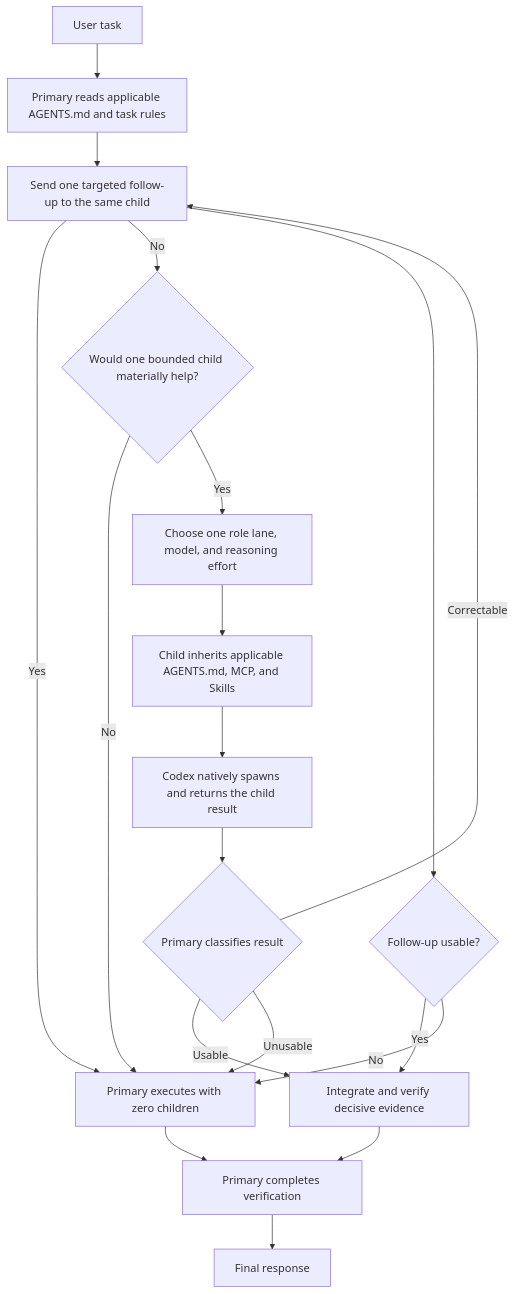
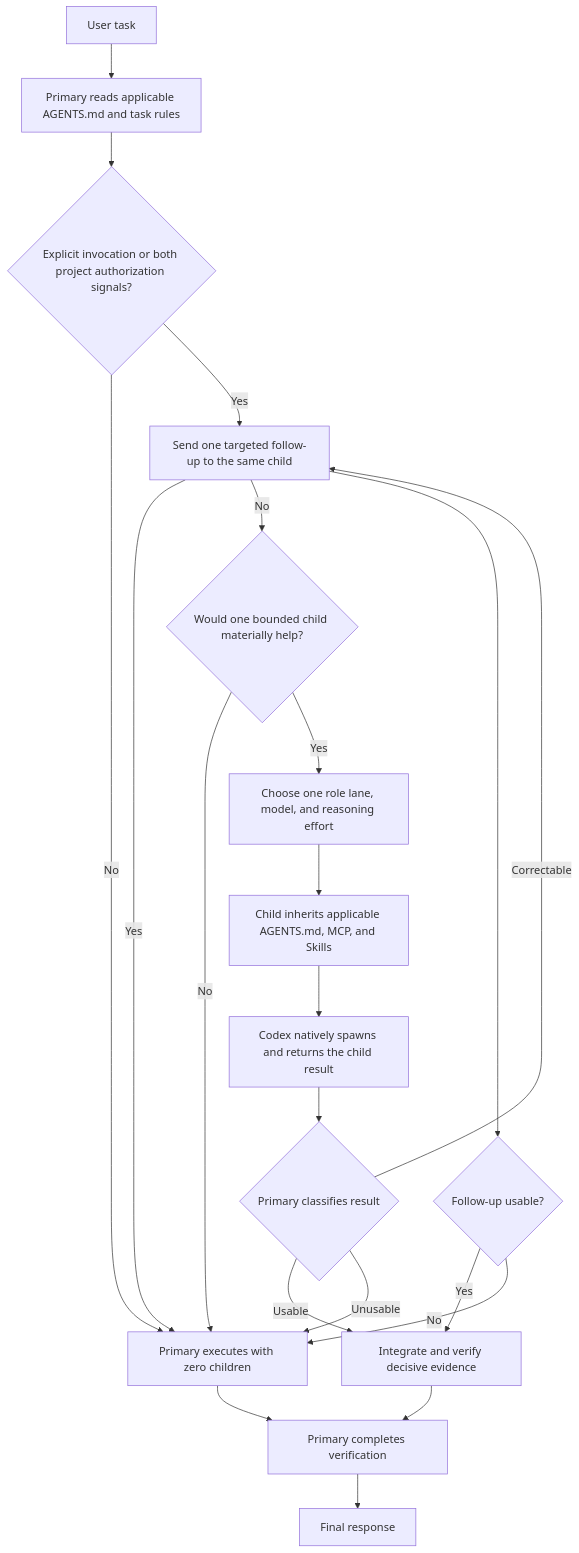
The diagram in README.md (shjqwert/sol-advisor-auto), drawn with Mermaid before and after one commit. The commit also changed other lines of this file and 4 other files, not shown here.

````diff
--- a/README.md
+++ b/README.md
@@ -23,21 +37,23 @@
 ```mermaid
 flowchart TD
     A[User task] --> B[Primary reads applicable AGENTS.md and task rules]
-    B --> F{Fast-path conditions all satisfied?}
+    B --> G{Explicit invocation or both project authorization signals?}
+    G -->|No| P[Primary executes with zero children]
+    G -->|Yes| F{Fast-path conditions all satisfied?}
     F -->|Yes| P[Primary executes with zero children]
     F -->|No| C{Would one bounded child materially help?}
     C -->|No| P
     C -->|Yes| R[Choose one role lane, model, and reasoning effort]
     R --> I[Child inherits applicable AGENTS.md, MCP, and Skills]
     I --> S[Codex natively spawns and returns the child result]
     S --> Q{Primary classifies result}
     Q -->|Usable| M[Integrate and verify decisive evidence]
     Q -->|Correctable| F[Send one targeted follow-up to the same child]
     Q -->|Unusable| P
     F --> Q2{Follow-up usable?}
     Q2 -->|Yes| M
     Q2 -->|No| P
     M --> V[Primary completes verification]
     P --> V
     V --> O[Final response]
 ```
````
